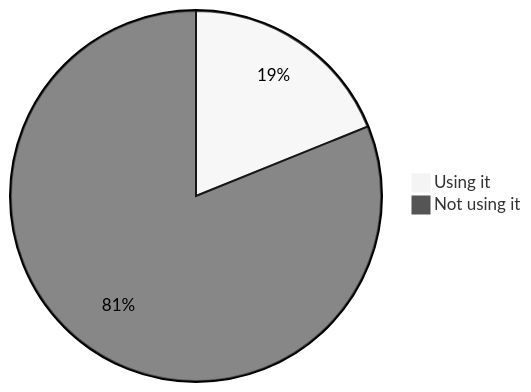
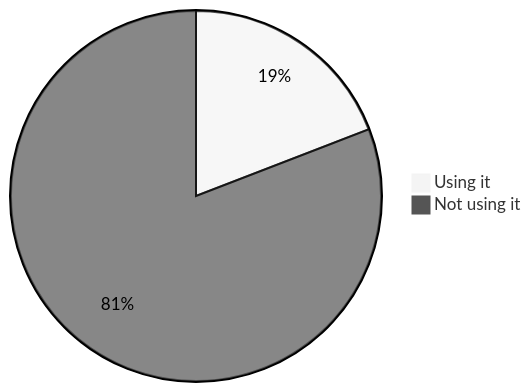
Before and after one commit to oshp/oshp-stats: diagram 19 of 19 in stats.md, drawn with Mermaid (neutral theme). The commit also changed other lines of this file, not shown here.

````diff
--- a/stats.md
+++ b/stats.md
@@ -224,6 +224,6 @@
 ```mermaid
 pie
-	"Using it" : 18.88
-	"Not using it" : 81.12
+	"Using it" : 19.14
+	"Not using it" : 80.86
 
 ```
````
